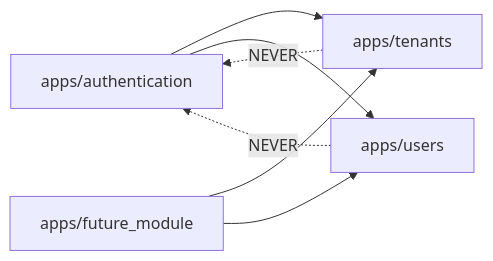
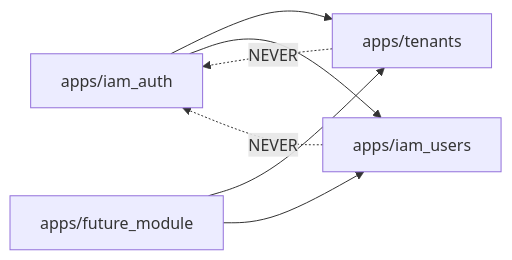
One commit to camercadop/drf-enterprise-information-platform changed the diagram in docs/guidelines/inter-module-communication.md. Above: the diagram before and after it, drawn with Mermaid. The commit also changed other lines of this file and 64 other files, not shown here.

Commit message:
refactor: rename authentication, users, and roles modules to iam_auth, iam_users, iam_roles

````diff
--- a/docs/guidelines/inter-module-communication.md
+++ b/docs/guidelines/inter-module-communication.md
@@ -11,9 +11,9 @@
 ```mermaid
 flowchart LR
-    A[apps/authentication] --> B[apps/tenants]
-    A --> C[apps/users]
+    A[apps/iam_auth] --> B[apps/tenants]
+    A --> C[apps/iam_users]
     D[apps/future_module] --> B
     D --> C
     B -.->|NEVER| A
     C -.->|NEVER| A
 ```
````
